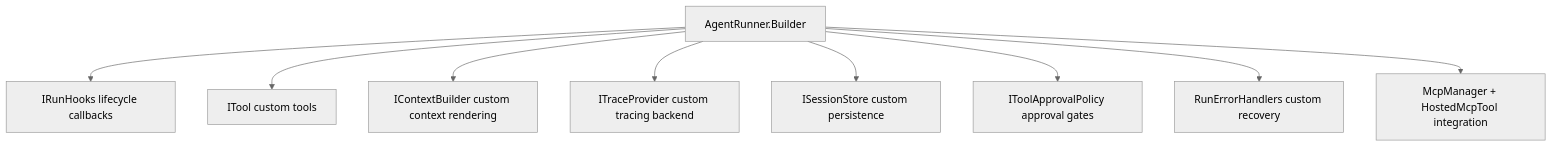
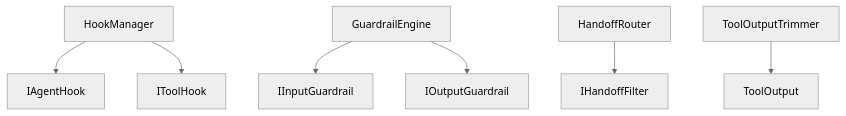
One commit to D15190304050/gundam-core changed the fifth of 5 diagrams in designs/GUNDAM-core-Architecture.md. Above: the diagram before and after it, drawn with Mermaid (neutral theme). The commit also changed other lines of this file and 3 other files, not shown here.

````diff
--- a/designs/GUNDAM-core-Architecture.md
+++ b/designs/GUNDAM-core-Architecture.md
@@ -80,11 +80,9 @@
 ```mermaid
 graph TD
-    A[AgentRunner.Builder] --> B[IRunHooks lifecycle callbacks]
-    A --> C[ITool custom tools]
-    A --> D[IContextBuilder custom context rendering]
-    A --> E[ITraceProvider custom tracing backend]
-    A --> F[ISessionStore custom persistence]
-    A --> G[IToolApprovalPolicy approval gates]
-    A --> H[RunErrorHandlers custom recovery]
-    A --> I[McpManager + HostedMcpTool integration]
+    A[HookManager] --> B[IAgentHook]
+    A --> C[IToolHook]
+    D[GuardrailEngine] --> E[IInputGuardrail]
+    D --> F[IOutputGuardrail]
+    G[HandoffRouter] --> H[IHandoffFilter]
+    I[ToolOutputTrimmer] --> J[ToolOutput]
 ```
````
